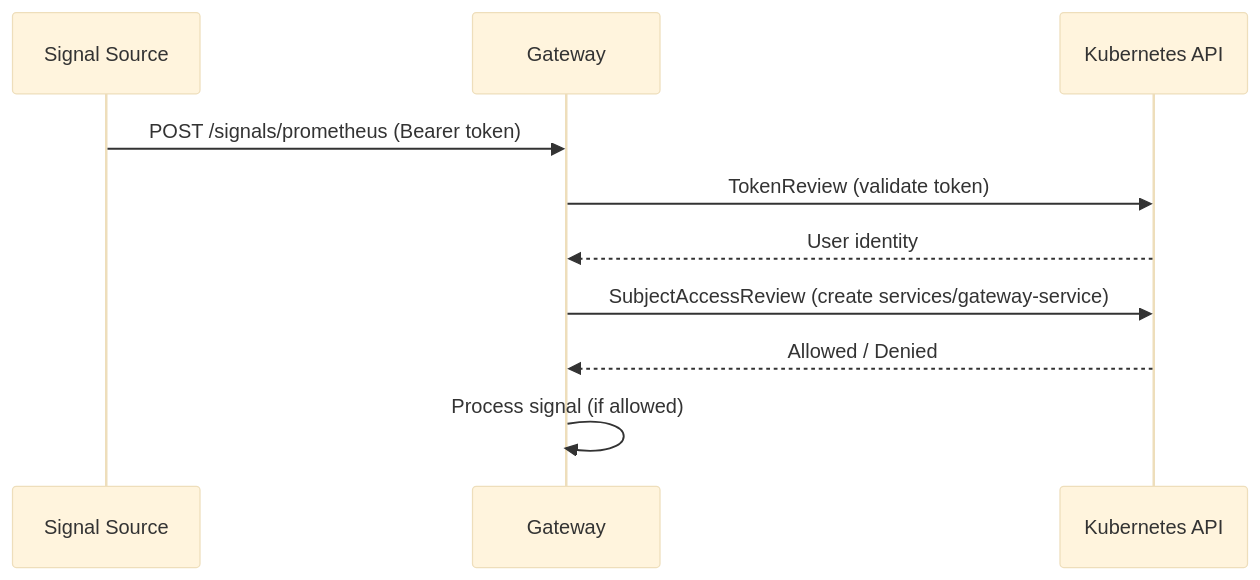
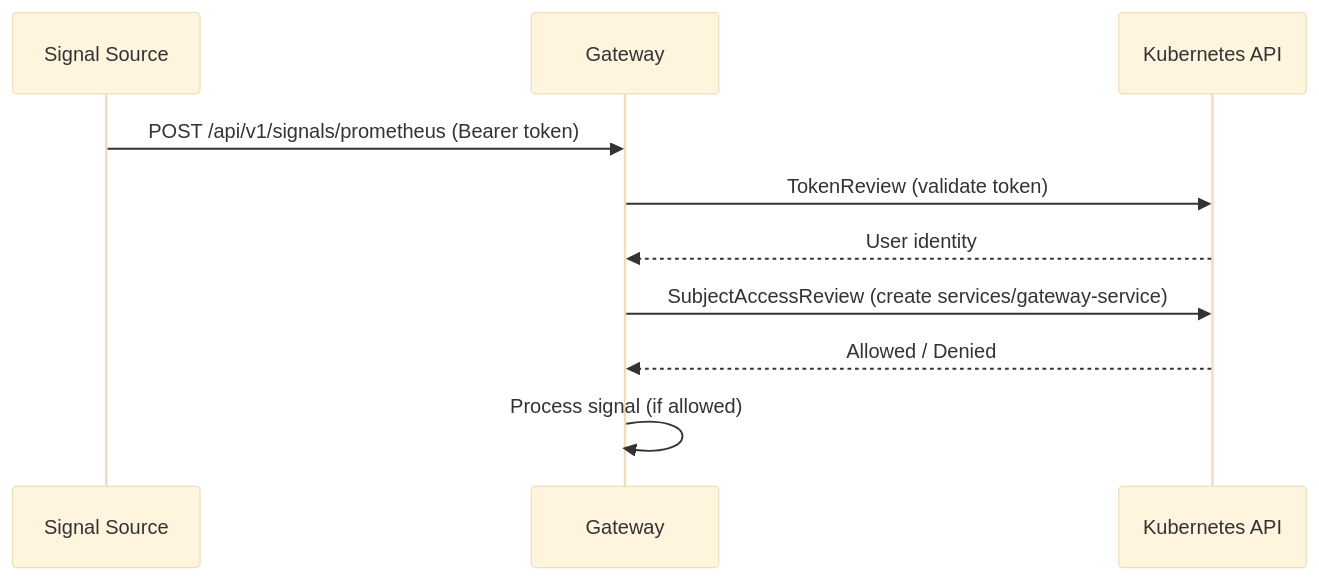
One commit to jordigilh/kubernaut-docs changed the second of 3 diagrams in docs/architecture/gateway.md. Above: the diagram before and after it, drawn with Mermaid (base theme). The commit also changed 4 other files, not shown here.

First line of the commit message:
fix(architecture): post-review fixups — auth diagram, DLQ consistency, SP table, outcome diagram

````diff
--- a/docs/architecture/gateway.md
+++ b/docs/architecture/gateway.md
@@ -79,13 +79,13 @@
 ```mermaid
 sequenceDiagram
     participant Source as Signal Source
     participant GW as Gateway
     participant K8s as Kubernetes API
 
-    Source->>GW: POST /signals/prometheus (Bearer token)
+    Source->>GW: POST /api/v1/signals/prometheus (Bearer token)
     GW->>K8s: TokenReview (validate token)
     K8s-->>GW: User identity
     GW->>K8s: SubjectAccessReview (create services/gateway-service)
     K8s-->>GW: Allowed / Denied
     GW->>GW: Process signal (if allowed)
 ```
````
